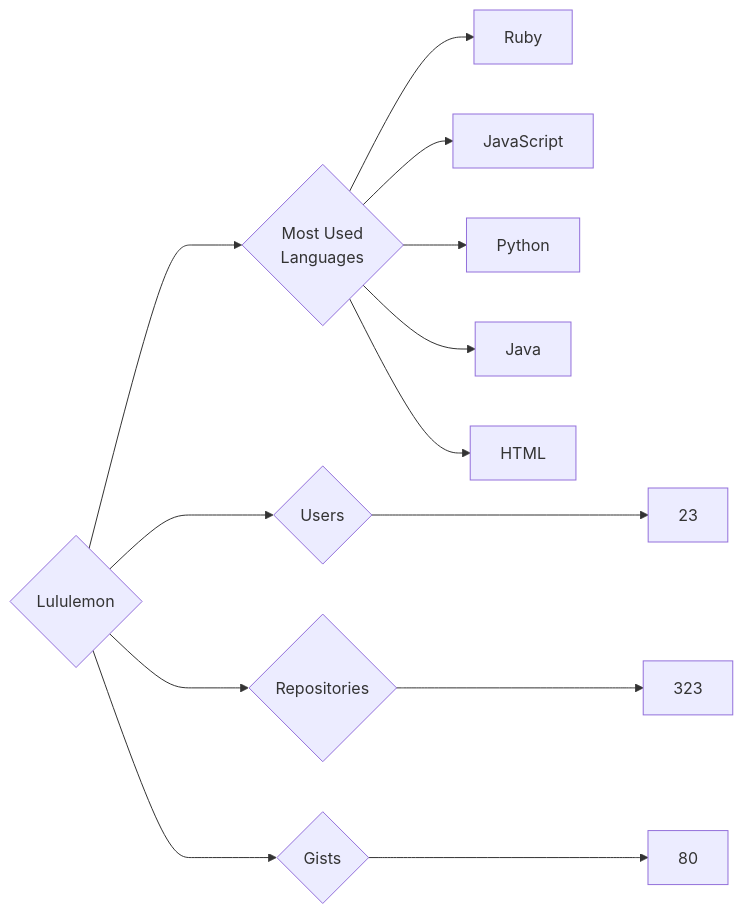
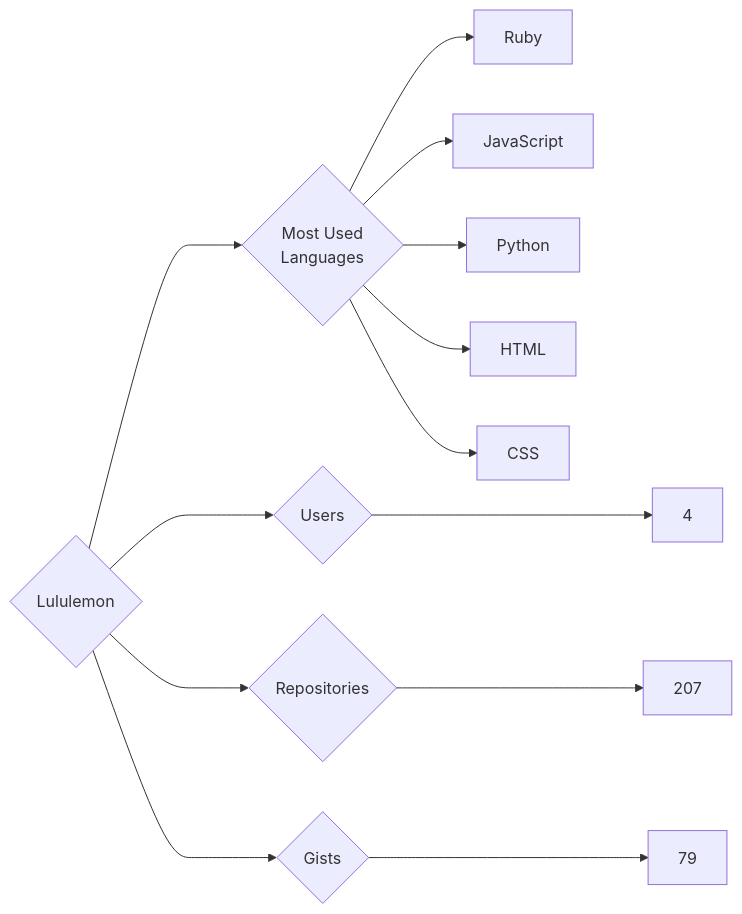
Before and after one commit to trickest/insiders: the diagram in targets/Lululemon/README.md, drawn with Mermaid. The commit also changed 891 other files, not shown here.

````diff
--- a/targets/Lululemon/README.md
+++ b/targets/Lululemon/README.md
@@ -3,13 +3,13 @@
 ```mermaid
 graph LR
 COMPANY_NAME{Lululemon}
-COMPANY_NAME ---> U{Users} ---> UN[23]
-COMPANY_NAME ---> R{Repositories} ---> RN[323]
-COMPANY_NAME ---> G{Gists} ---> GN[80]
+COMPANY_NAME ---> U{Users} ---> UN[4]
+COMPANY_NAME ---> R{Repositories} ---> RN[207]
+COMPANY_NAME ---> G{Gists} ---> GN[79]
 COMPANY_NAME ---> ML{Most Used<br>Languages}
 ML --> Ruby[Ruby]
 ML --> JavaScript[JavaScript]
 ML --> Python[Python]
-ML --> Java[Java]
 ML --> HTML[HTML]
+ML --> CSS[CSS]
 ```
````
